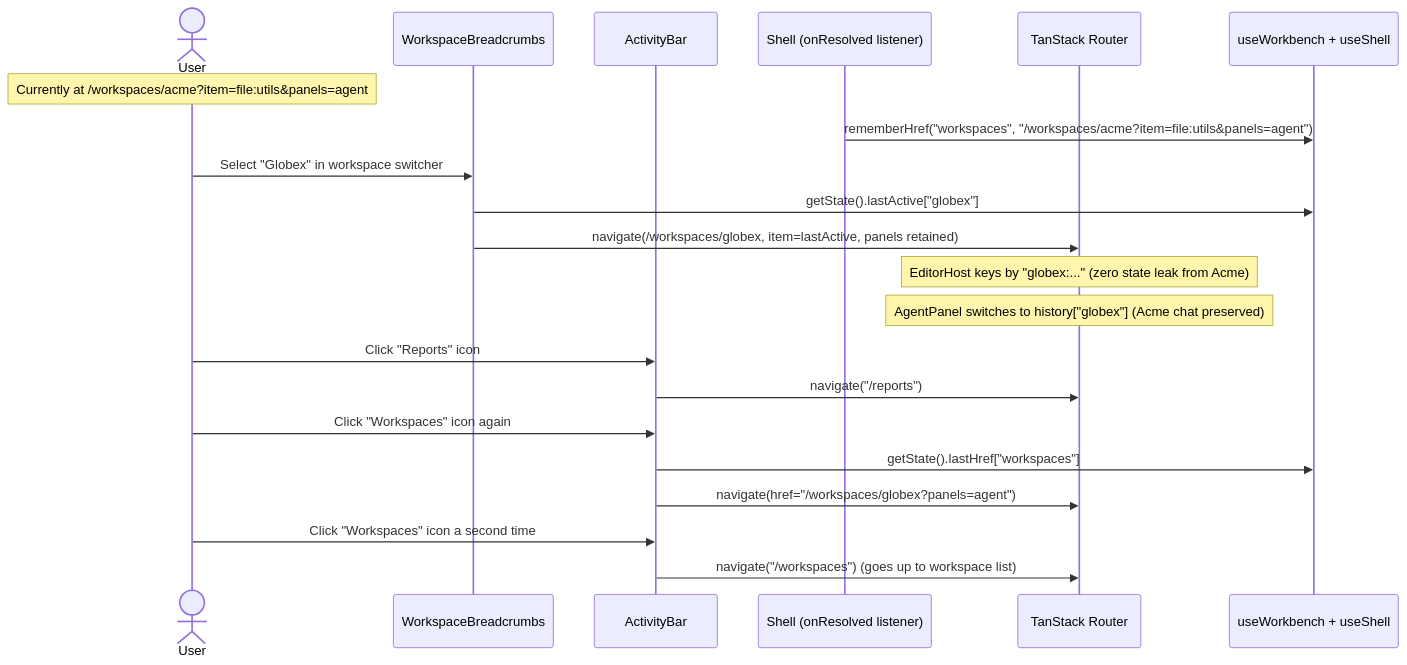
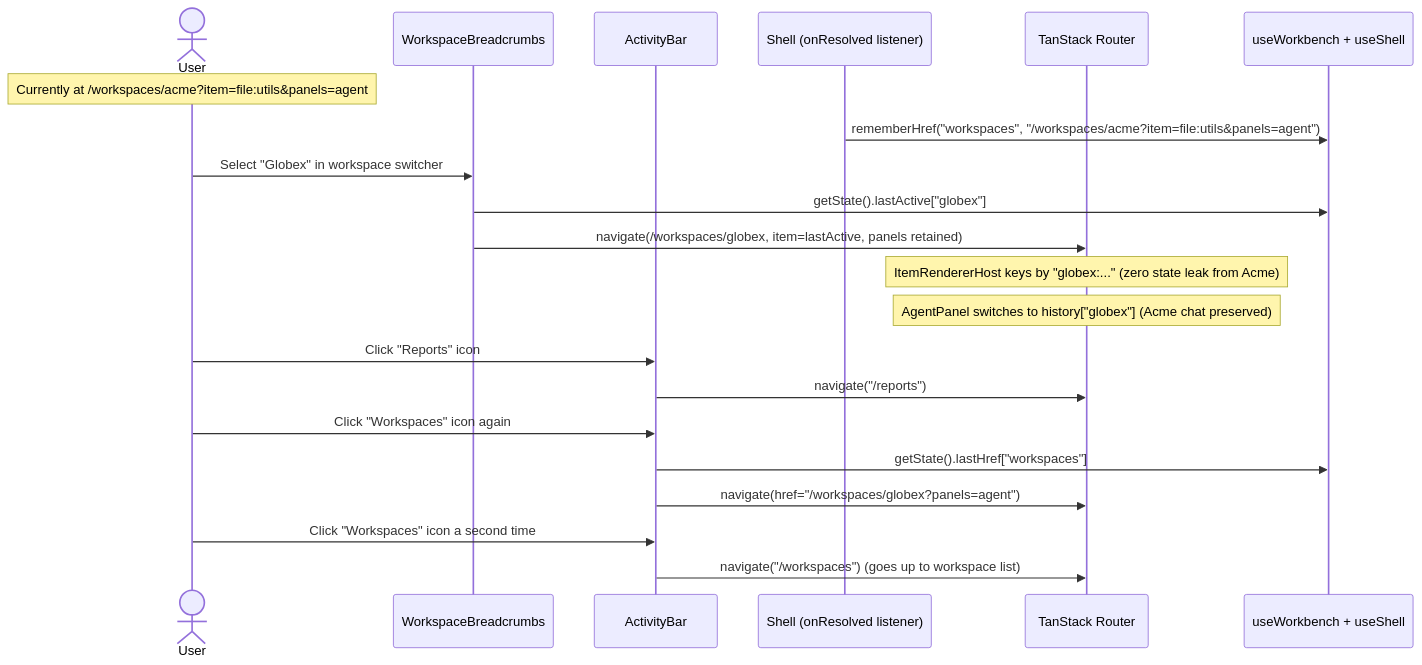
One commit to ppongtong/ide-shell changed diagram 11 of 12 in docs/DESIGN.md. Above: the diagram before and after it, drawn with Mermaid. The commit also changed other lines of this file and 3 other files, not shown here.

Commit message:
Rename EditorHost to ItemRendererHost

````diff
--- a/docs/DESIGN.md
+++ b/docs/DESIGN.md
@@ -531,26 +531,26 @@
 ```mermaid
 sequenceDiagram
     actor User
     participant Crumbs as WorkspaceBreadcrumbs
     participant Bar as ActivityBar
     participant Shell as Shell (onResolved listener)
     participant Router as TanStack Router
     participant Store as useWorkbench + useShell
 
     Note over User: Currently at /workspaces/acme?item=file:utils&panels=agent
     Shell->>Store: rememberHref("workspaces", "/workspaces/acme?item=file:utils&panels=agent")
 
     User->>Crumbs: Select "Globex" in workspace switcher
     Crumbs->>Store: getState().lastActive["globex"]
     Crumbs->>Router: navigate(/workspaces/globex, item=lastActive, panels retained)
-    Note over Router: EditorHost keys by "globex:..." (zero state leak from Acme)
+    Note over Router: ItemRendererHost keys by "globex:..." (zero state leak from Acme)
     Note over Router: AgentPanel switches to history["globex"] (Acme chat preserved)
 
     User->>Bar: Click "Reports" icon
     Bar->>Router: navigate("/reports")
     User->>Bar: Click "Workspaces" icon again
     Bar->>Store: getState().lastHref["workspaces"]
     Bar->>Router: navigate(href="/workspaces/globex?panels=agent")
     User->>Bar: Click "Workspaces" icon a second time
     Bar->>Router: navigate("/workspaces") (goes up to workspace list)
 ```
````
